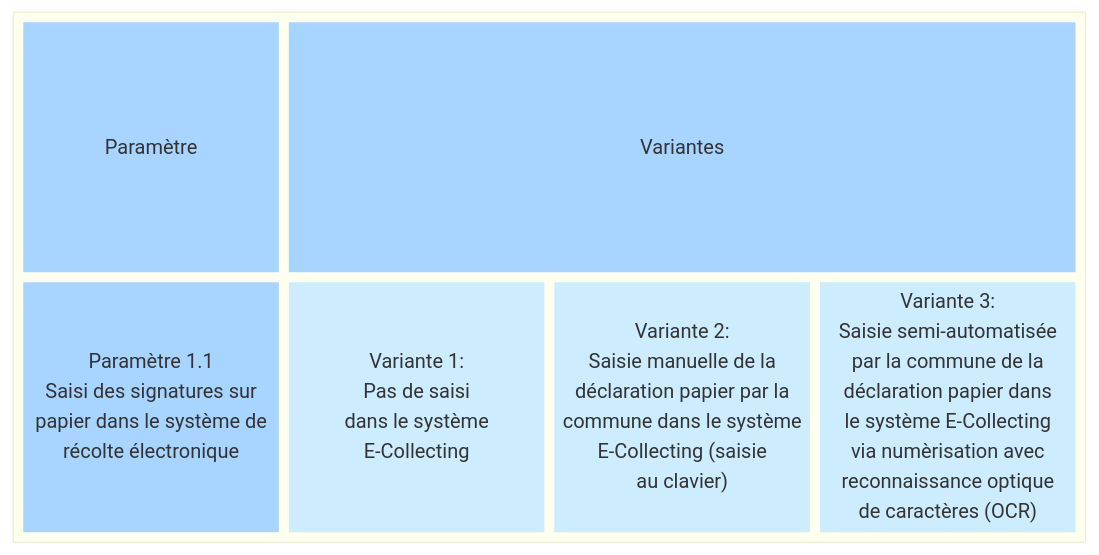
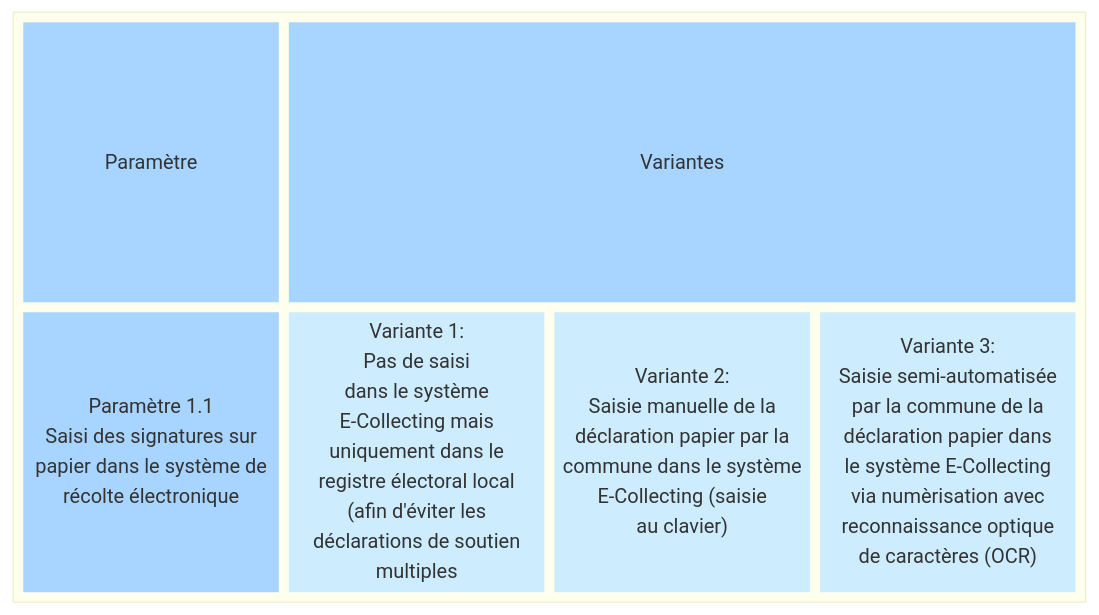
One commit to swiss/e-collecting changed the first of 2 diagrams in docs/morphological-box/parameter-1-1.md. Above: the diagram before and after it, drawn with Mermaid.

Commit message:
docs: update description parameter-1-1.md

````diff
--- a/docs/morphological-box/parameter-1-1.md
+++ b/docs/morphological-box/parameter-1-1.md
@@ -15,36 +15,41 @@
 ```mermaid
 block
   block
     columns 4
     t1["Paramètre"]
     t2["Variantes"]:3
     d["Paramètre 1.1
       Saisi des signatures sur
       papier dans le système de
       récolte électronique"]
     a1["Variante 1:
       Pas de saisi
       dans le système
-      E-Collecting"]
+      E-Collecting mais
+      uniquement dans le
+      registre électoral local
+      (afin d'éviter les
+      déclarations de soutien
+      multiples"]
     a2["Variante 2:
       Saisie manuelle de la
       déclaration papier par la
       commune dans le système
       E-Collecting (saisie 
       au clavier)"]
     a3["Variante 3:
       Saisie semi-automatisée
       par la commune de la
       déclaration papier dans
       le système E-Collecting
       via numèrisation avec
       reconnaissance optique
       de caractères (OCR)"]
     style t1 fill:#a8d5ff,stroke-width:0px
     style t2 fill:#a8d5ff,stroke-width:0px
     style d fill:#a8d5ff,stroke-width:0px,text-valign:top
     style a1 fill:#cdedff,stroke-width:0px
     style a2 fill:#cdedff,stroke-width:0px
     style a3 fill:#cdedff,stroke-width:0px
   end
 ```
````
